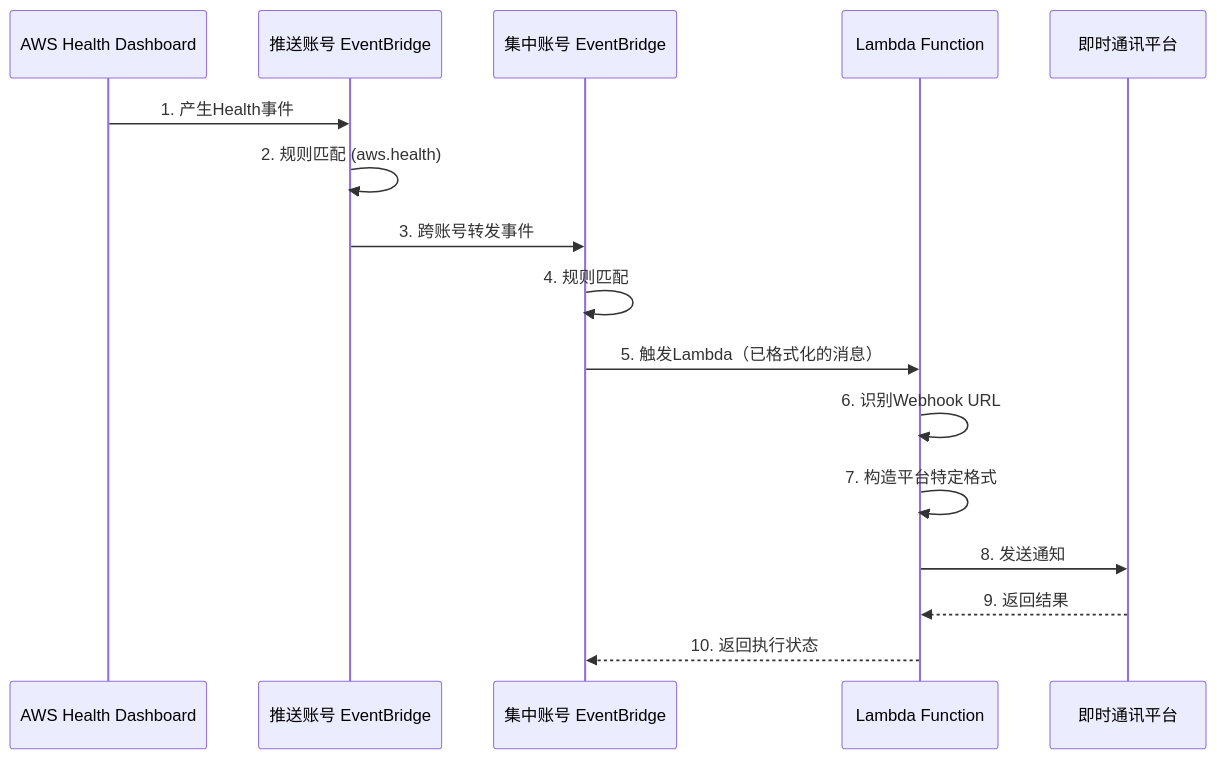
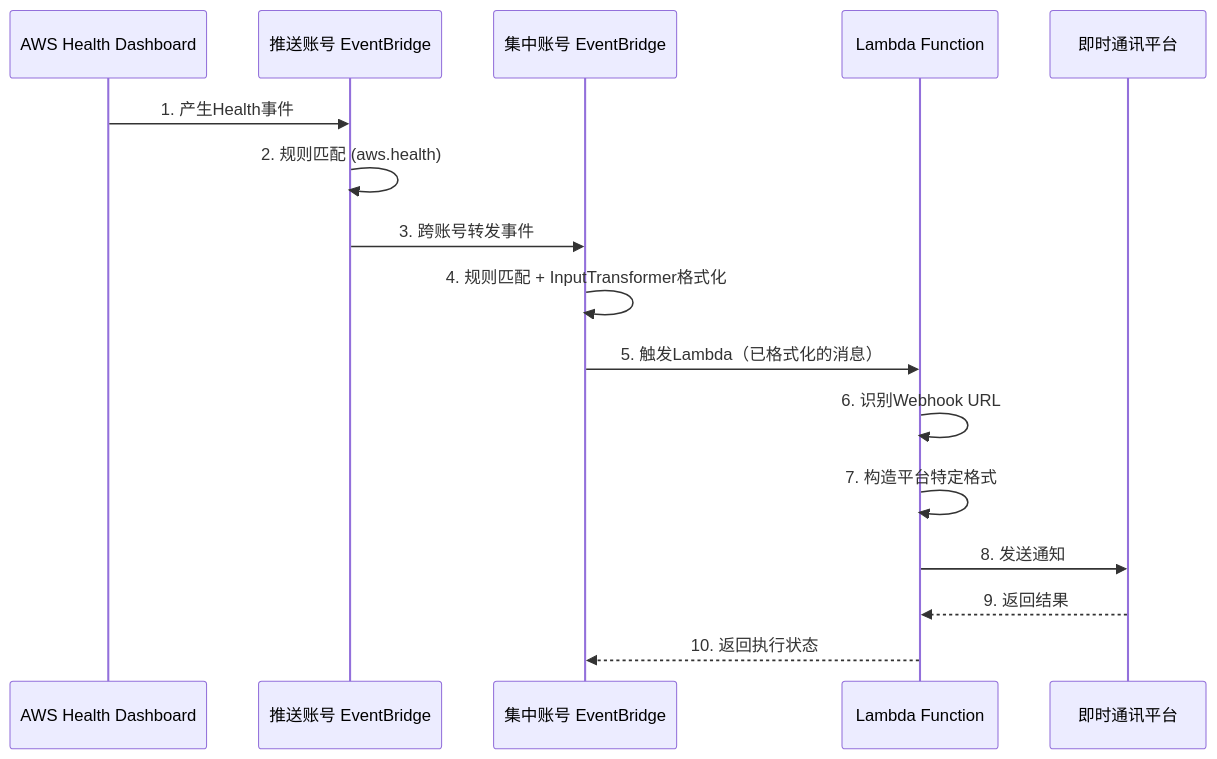
The second of 2 diagrams in ARCHITECTURE.md (catersai/AWSCN-PhD-Notification), drawn with Mermaid before and after one commit. The commit also changed other lines of this file, not shown here.

Commit message:
fix: 修复GitHub Mermaid架构图渲染错误

````diff
--- a/ARCHITECTURE.md
+++ b/ARCHITECTURE.md
@@ -75,19 +75,19 @@
 ```mermaid
 sequenceDiagram
     participant PHD as AWS Health Dashboard
     participant Spoke as 推送账号 EventBridge
     participant Hub as 集中账号 EventBridge
     participant Lambda as Lambda Function
     participant IM as 即时通讯平台
 
     PHD->>Spoke: 1. 产生Health事件
     Spoke->>Spoke: 2. 规则匹配 (aws.health)
     Spoke->>Hub: 3. 跨账号转发事件
-    Hub->>Hub: 4. 规则匹配
+    Hub->>Hub: 4. 规则匹配 + InputTransformer格式化
     Hub->>Lambda: 5. 触发Lambda（已格式化的消息）
     Lambda->>Lambda: 6. 识别Webhook URL
     Lambda->>Lambda: 7. 构造平台特定格式
     Lambda->>IM: 8. 发送通知
     IM-->>Lambda: 9. 返回结果
     Lambda-->>Hub: 10. 返回执行状态
 ```
````
